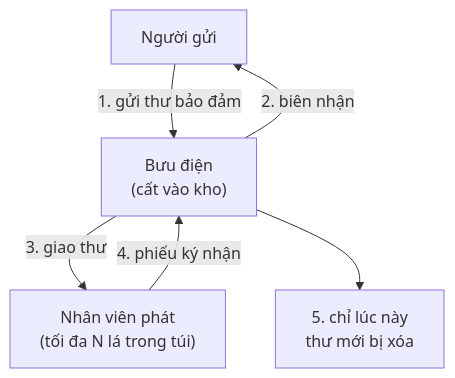
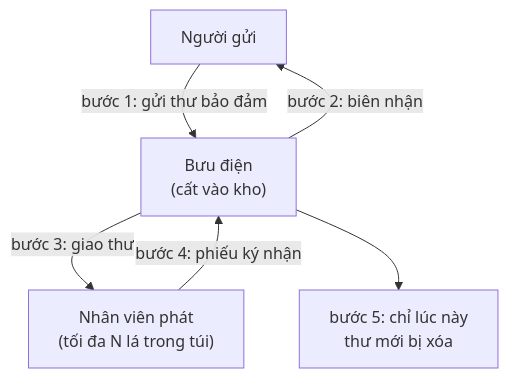
The diagram in content/posts/2026-11-21-rabbitmq-ack-confirm.md (duongbui234/software-engineering-atlas), drawn with Mermaid before and after one commit. The commit also changed 18 other files, not shown here.

First line of the commit message:
MQ-03 exchange-type comparison, and readable Mermaid diagrams (#6)

````diff
--- a/content/posts/2026-11-21-rabbitmq-ack-confirm.md
+++ b/content/posts/2026-11-21-rabbitmq-ack-confirm.md
@@ -54,8 +54,8 @@
 ```mermaid
 flowchart TB
-    P["Người gửi"] -->|"1. gửi thư bảo đảm"| B["Bưu điện<br/>(cất vào kho)"]
-    B -->|"2. biên nhận"| P
-    B -->|"3. giao thư"| W["Nhân viên phát<br/>(tối đa N lá trong túi)"]
-    W -->|"4. phiếu ký nhận"| B
-    B --> D["5. chỉ lúc này<br/>thư mới bị xóa"]
+    P["Người gửi"] -->|"bước 1: gửi thư bảo đảm"| B["Bưu điện<br/>(cất vào kho)"]
+    B -->|"bước 2: biên nhận"| P
+    B -->|"bước 3: giao thư"| W["Nhân viên phát<br/>(tối đa N lá trong túi)"]
+    W -->|"bước 4: phiếu ký nhận"| B
+    B --> D["bước 5: chỉ lúc này<br/>thư mới bị xóa"]
 ```
````
